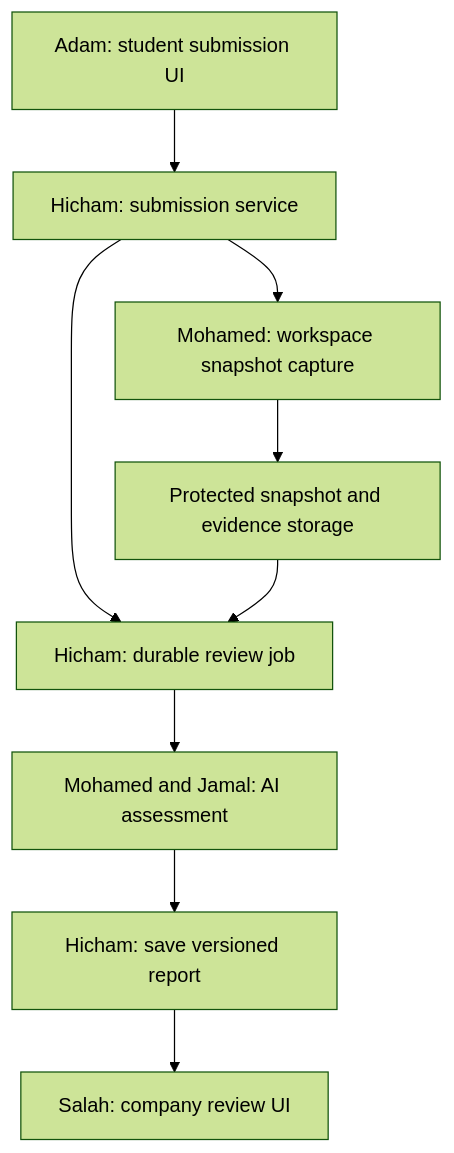
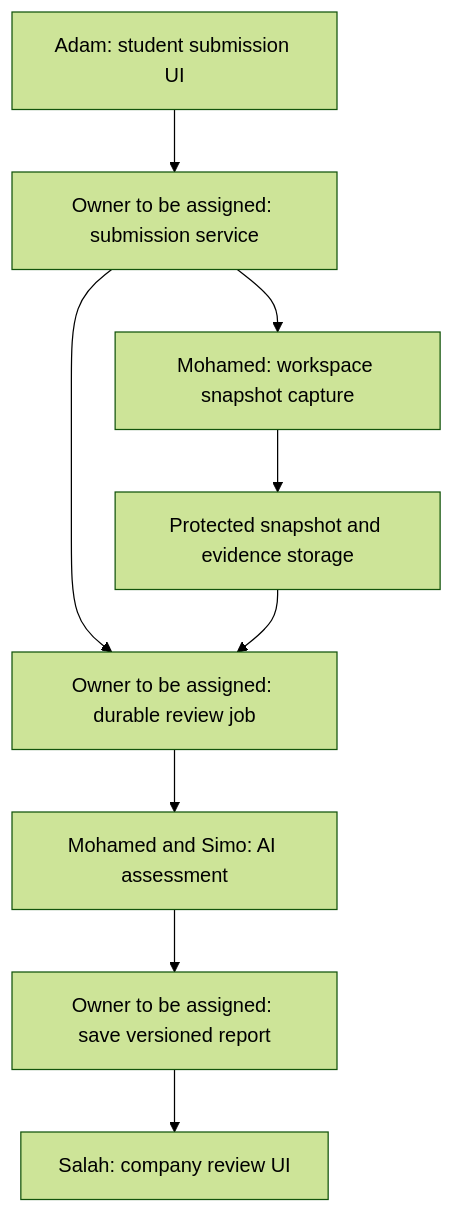
Before and after one commit to M-elhouary/-ft_transcendence: the diagram in README.md, drawn with Mermaid (forest theme). The commit also changed other lines of this file and 9 other files, not shown here.

````diff
--- a/README.md
+++ b/README.md
@@ -321,11 +322,11 @@
 ```mermaid
 flowchart TD
-    A["Adam: student submission UI"] --> B["Hicham: submission service"]
+    A["Adam: student submission UI"] --> B["Owner to be assigned: submission service"]
     B --> C["Mohamed: workspace snapshot capture"]
     C --> D["Protected snapshot and evidence storage"]
-    B --> E["Hicham: durable review job"]
+    B --> E["Owner to be assigned: durable review job"]
     D --> E
-    E --> F["Mohamed and Jamal: AI assessment"]
-    F --> G["Hicham: save versioned report"]
+    E --> F["Mohamed and Simo: AI assessment"]
+    F --> G["Owner to be assigned: save versioned report"]
     G --> H["Salah: company review UI"]
 ```
````
